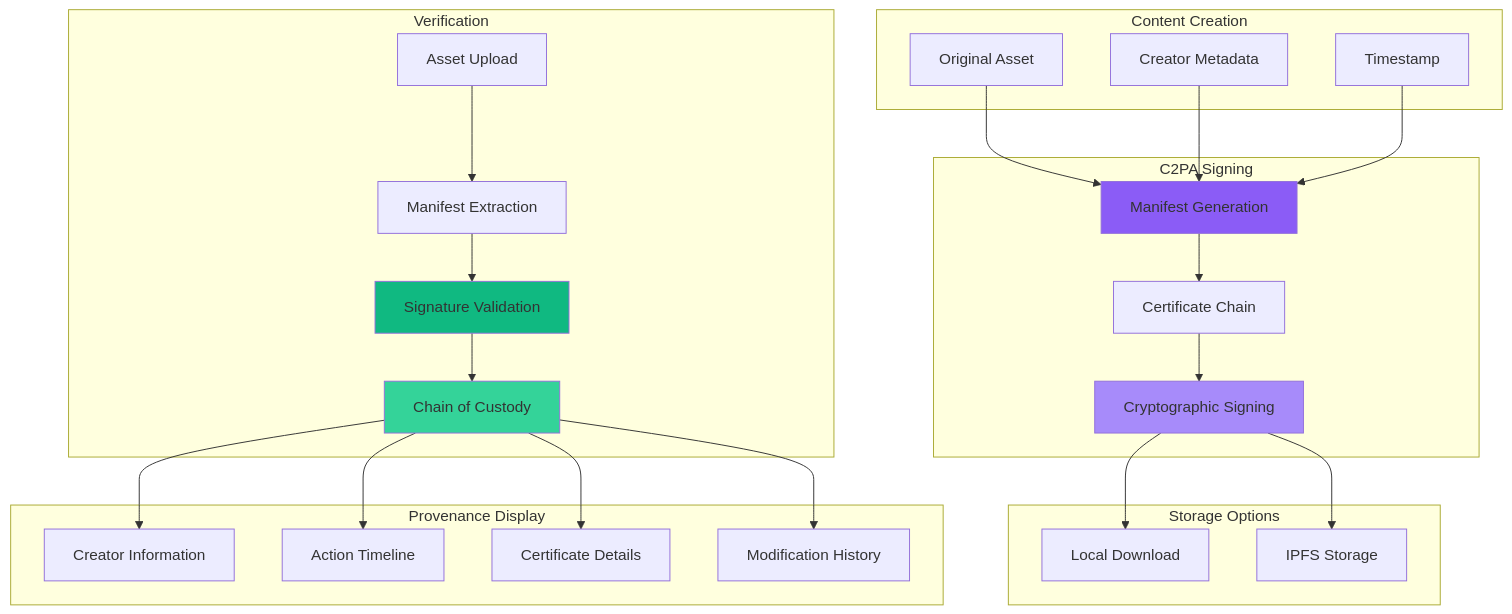
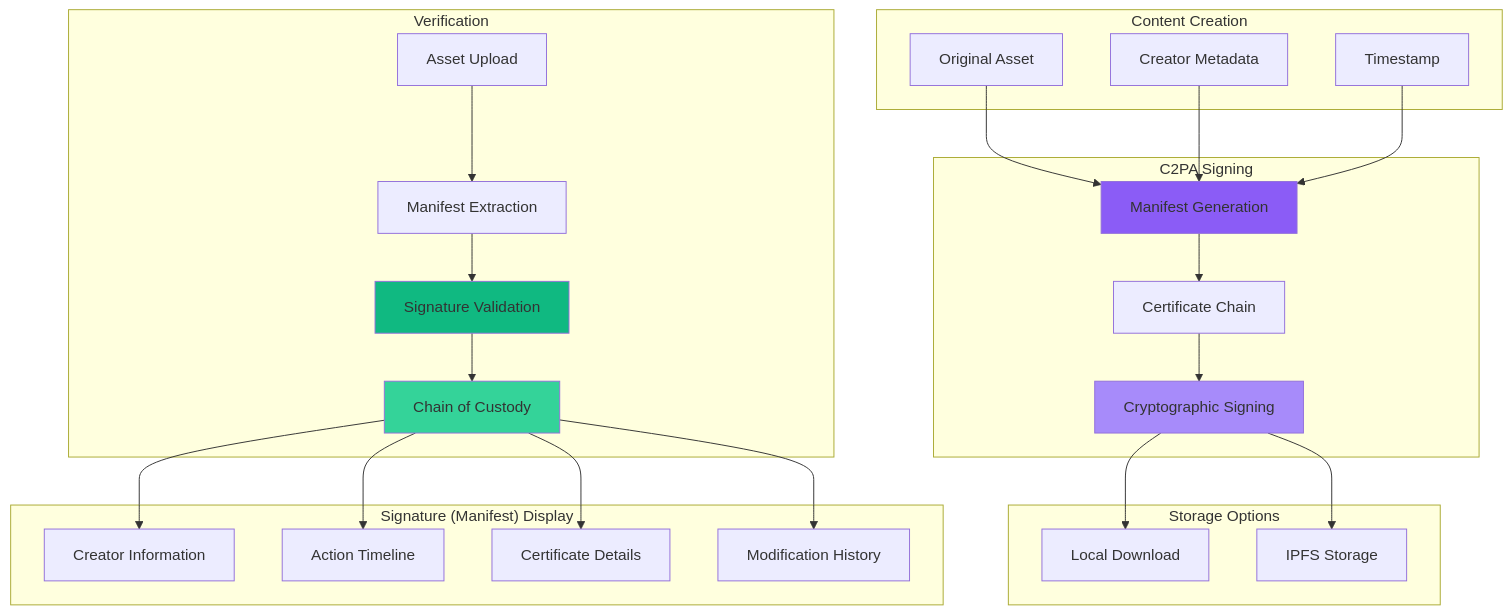
One commit to ETIM-PAUL/SentryMark changed the second of 7 diagrams in README.md. Above: the diagram before and after it, drawn with Mermaid. The commit also changed other lines of this file and 4 other files, not shown here.

````diff
--- a/README.md
+++ b/README.md
@@ -106,54 +109,54 @@
 ```mermaid
 graph TB
     subgraph "Content Creation"
         A[Original Asset]
         B[Creator Metadata]
         C[Timestamp]
     end
 
     subgraph "C2PA Signing"
         D[Manifest Generation]
         E[Certificate Chain]
         F[Cryptographic Signing]
     end
 
     subgraph "Storage Options"
         G[Local Download]
         H[IPFS Storage]
     end
 
     subgraph "Verification"
         I[Asset Upload]
         J[Manifest Extraction]
         K[Signature Validation]
         L[Chain of Custody]
     end
 
-    subgraph "Provenance Display"
+    subgraph "Signature (Manifest) Display"
         M[Creator Information]
         N[Action Timeline]
         O[Certificate Details]
         P[Modification History]
     end
 
     A --> D
     B --> D
     C --> D
     D --> E
     E --> F
     F --> G
     F --> H
 
     I --> J
     J --> K
     K --> L
     L --> M
     L --> N
     L --> O
     L --> P
 
     style D fill:#8b5cf6
     style F fill:#a78bfa
     style K fill:#10b981
     style L fill:#34d399
 ```
````
